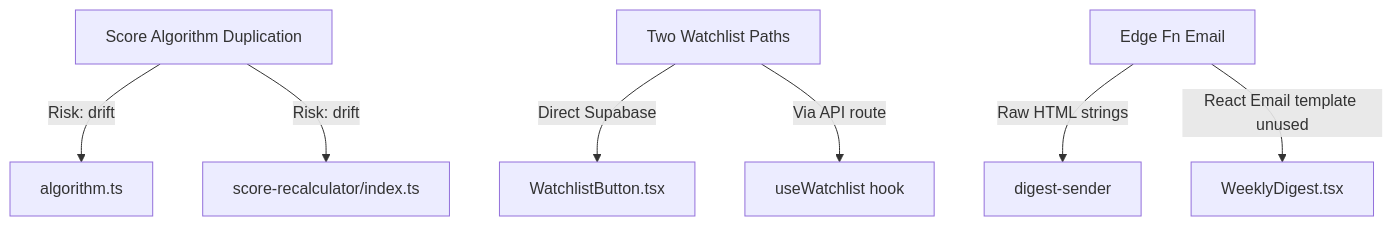
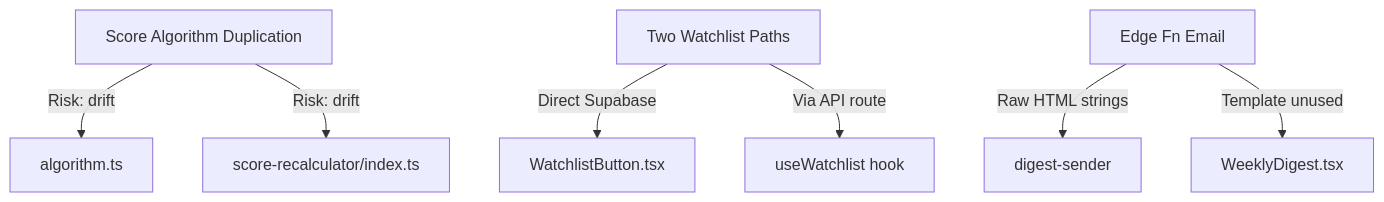
One commit to vishalm/OffplanIQ changed the first of 2 diagrams in AUDIT.md. Above: the diagram before and after it, drawn with Mermaid. The commit also changed 5 other files, not shown here.

First line of the commit message:
Fix Mermaid diagrams across all docs for GitHub rendering

````diff
--- a/AUDIT.md
+++ b/AUDIT.md
@@ -31,11 +31,11 @@
 ```mermaid
 graph TD
     A["Score Algorithm Duplication"] -->|"Risk: drift"| B["algorithm.ts"]
     A -->|"Risk: drift"| C["score-recalculator/index.ts"]
-    
+
     D["Two Watchlist Paths"] -->|"Direct Supabase"| E["WatchlistButton.tsx"]
     D -->|"Via API route"| F["useWatchlist hook"]
-    
+
     G["Edge Fn Email"] -->|"Raw HTML strings"| H["digest-sender"]
-    G -->|"React Email template unused"| I["WeeklyDigest.tsx"]
+    G -->|"Template unused"| I["WeeklyDigest.tsx"]
 ```
````
